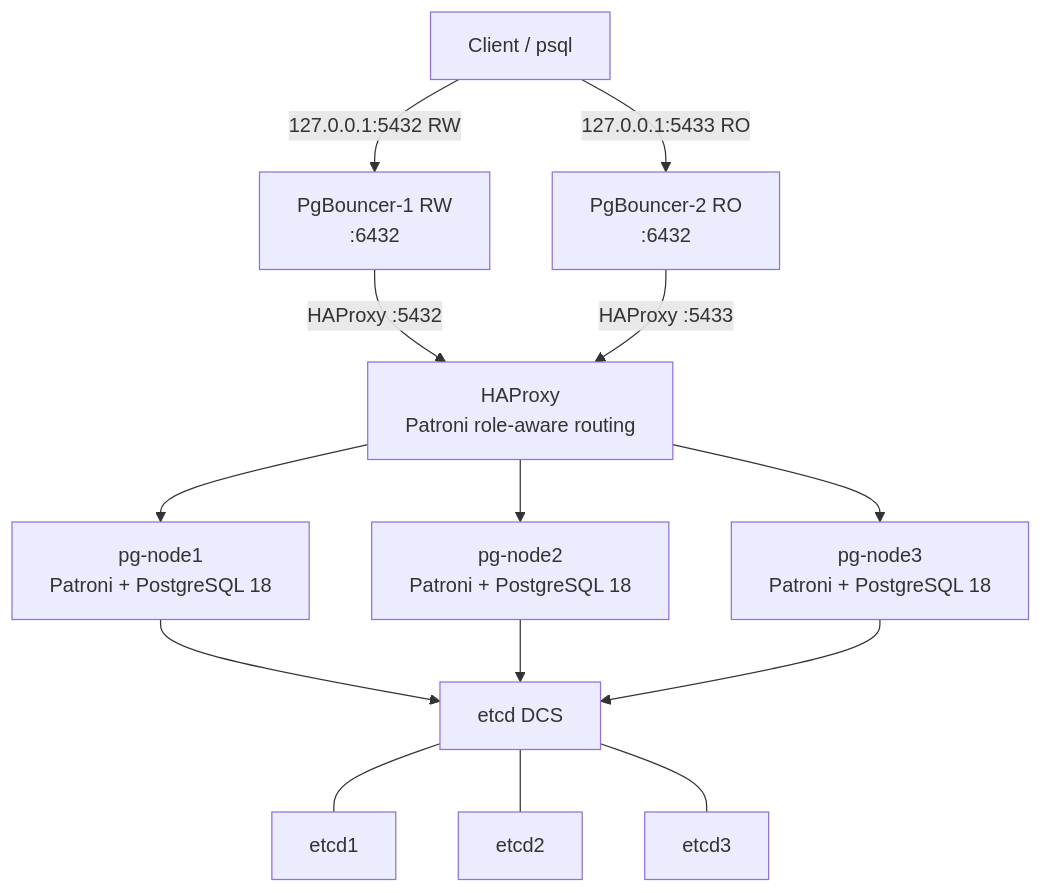
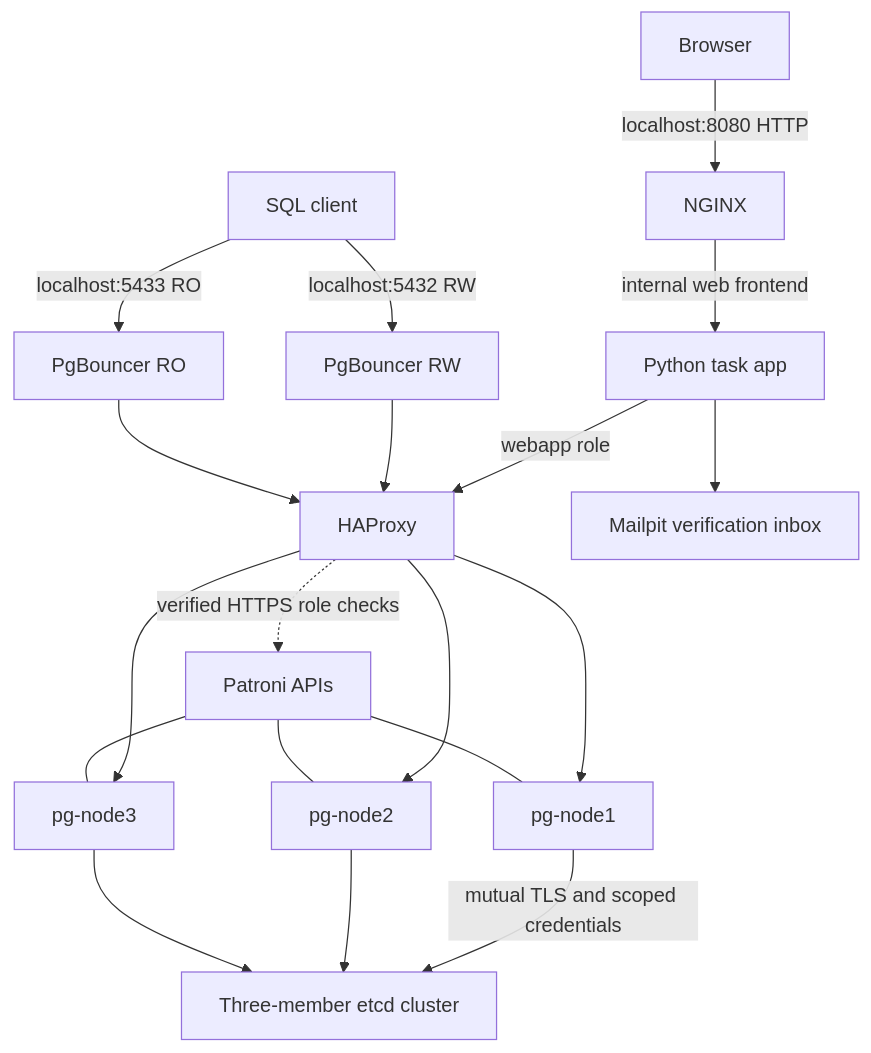
Before and after one commit to andrasfeher/postgresql-replication-routing-lab: the diagram in README.md, drawn with Mermaid. The commit also changed other lines of this file, not shown here.

Commit message:
Update README for secured cluster and NGINX frontend

````diff
--- a/README.md
+++ b/README.md
@@ -29,22 +31,21 @@
 ```mermaid
 flowchart TB
-    C[Client / psql]
-
-    C -->|127.0.0.1:5432 RW| P1[PgBouncer-1 RW\n:6432]
-    C -->|127.0.0.1:5433 RO| P2[PgBouncer-2 RO\n:6432]
-
-    P1 -->|HAProxy :5432| H[HAProxy\nPatroni role-aware routing]
-    P2 -->|HAProxy :5433| H
-
-    H --> N1[pg-node1\nPatroni + PostgreSQL 18]
-    H --> N2[pg-node2\nPatroni + PostgreSQL 18]
-    H --> N3[pg-node3\nPatroni + PostgreSQL 18]
-
-    N1 --> E[etcd DCS]
+    B[Browser] -->|localhost:8080 HTTP| X[NGINX]
+    X -->|internal web frontend| W[Python task app]
+    W -->|webapp role| H[HAProxy]
+    W --> M[Mailpit verification inbox]
+    C[SQL client] -->|localhost:5432 RW| P1[PgBouncer RW]
+    C -->|localhost:5433 RO| P2[PgBouncer RO]
+    P1 --> H
+    P2 --> H
+    H --> N1[pg-node1]
+    H --> N2[pg-node2]
+    H --> N3[pg-node3]
+    H -.->|verified HTTPS role checks| A[Patroni APIs]
+    A --- N1
+    A --- N2
+    A --- N3
+    N1 -->|mutual TLS and scoped credentials| E[Three-member etcd cluster]
     N2 --> E
     N3 --> E
-
-    E --- E1[etcd1]
-    E --- E2[etcd2]
-    E --- E3[etcd3]
 ```
````
